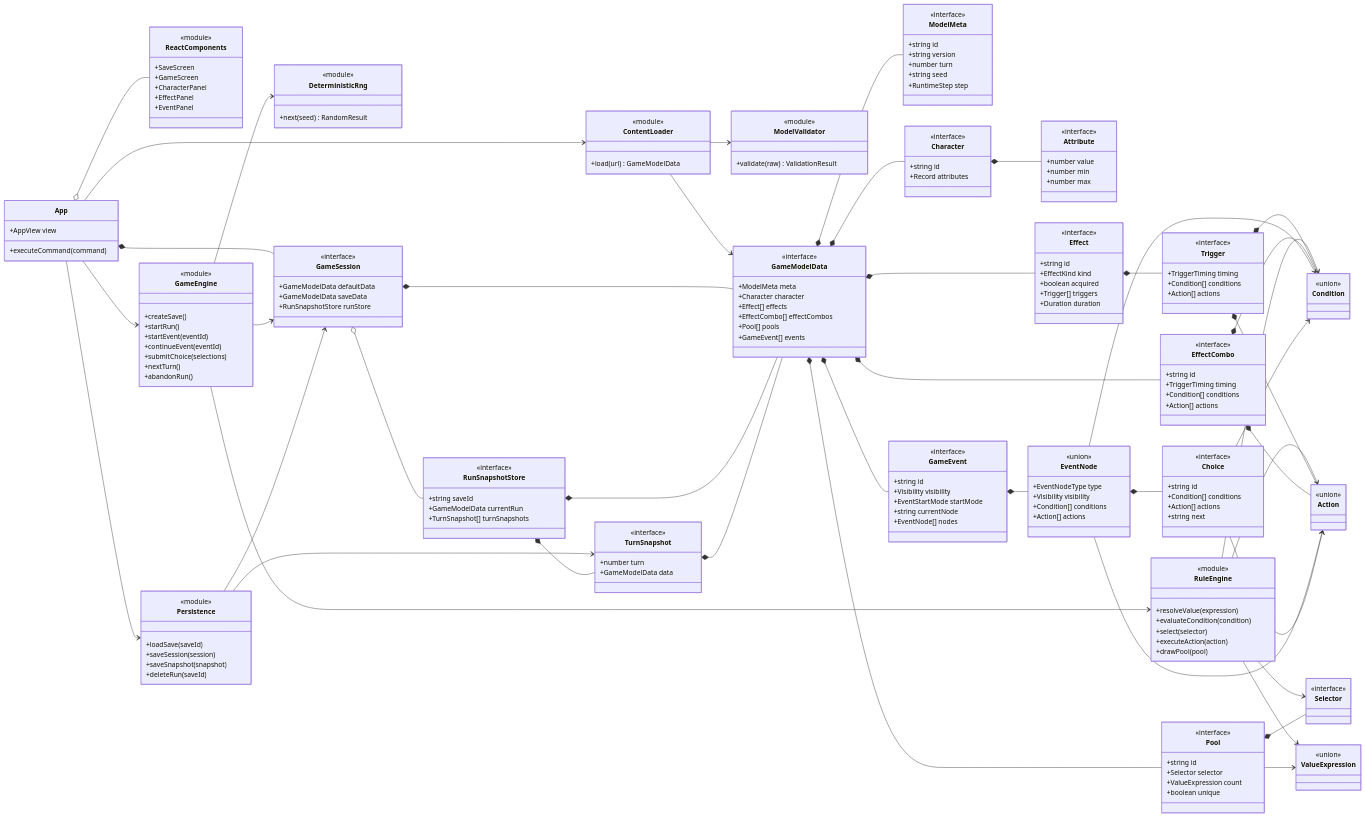
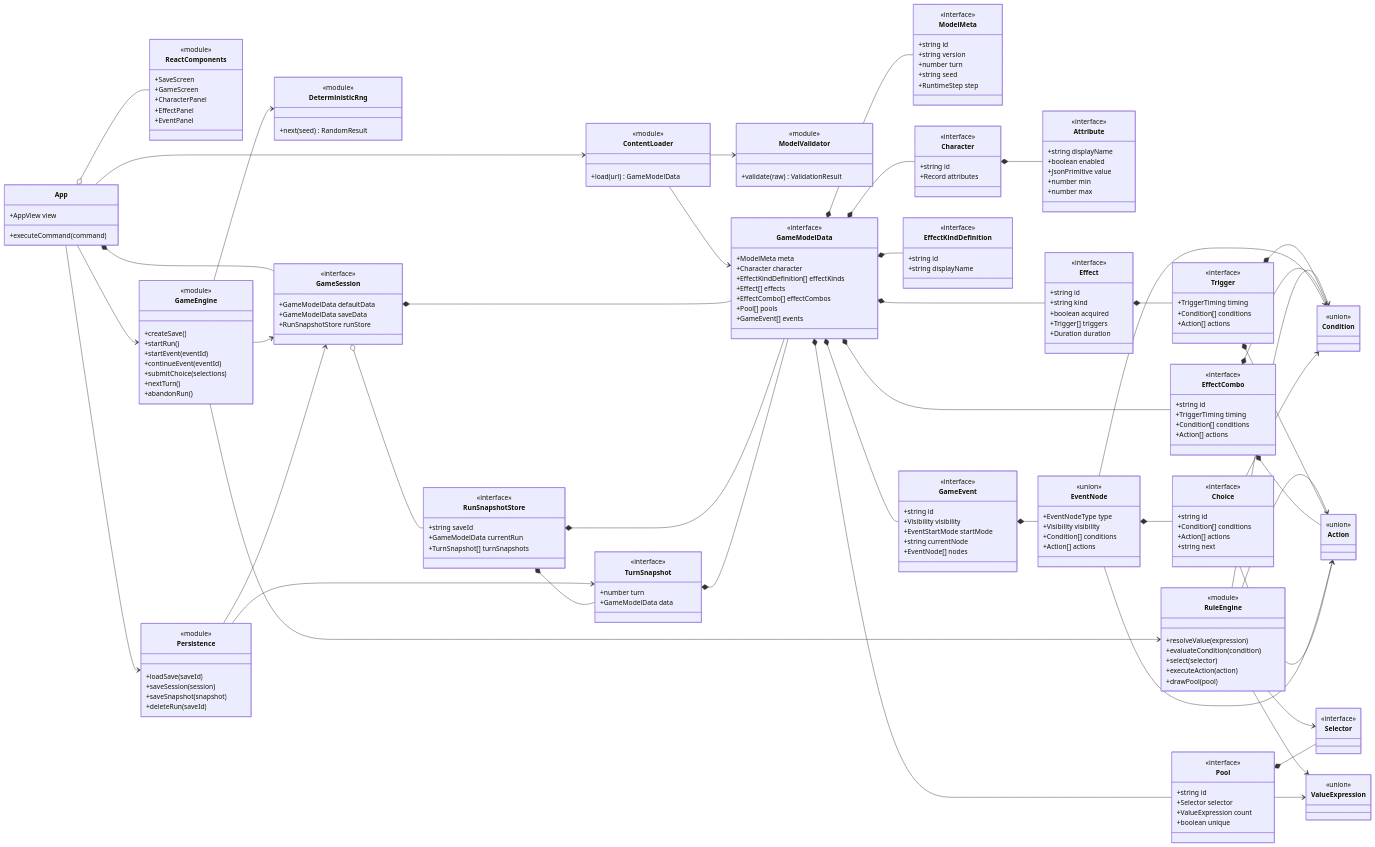
One commit to IanYet/maker-simulator changed the first of 2 diagrams in docs/design/technical-specification.md. Above: the diagram before and after it, drawn with Mermaid. The commit also changed other lines of this file and 16 other files, not shown here.

Commit message:
feat: support dynamic attributes and effect kinds

```diff
--- a/docs/design/technical-specification.md
+++ b/docs/design/technical-specification.md
@@ -159,6 +159,7 @@
     <<interface>>
     +ModelMeta meta
     +Character character
+    +EffectKindDefinition[] effectKinds
     +Effect[] effects
     +EffectCombo[] effectCombos
     +Pool[] pools
@@ -179,14 +180,21 @@
   }
   class Attribute {
     <<interface>>
-    +number value
+    +string displayName
+    +boolean enabled
+    +JsonPrimitive value
     +number min
     +number max
+  }
+  class EffectKindDefinition {
+    <<interface>>
+    +string id
+    +string displayName
   }
   class Effect {
     <<interface>>
     +string id
-    +EffectKind kind
+    +string kind
     +boolean acquired
     +Trigger[] triggers
     +Duration duration
@@ -270,6 +278,7 @@
   TurnSnapshot *-- GameModelData
   GameModelData *-- ModelMeta
   GameModelData *-- Character
+  GameModelData *-- EffectKindDefinition
   GameModelData *-- Effect
   GameModelData *-- EffectCombo
   GameModelData *-- Pool
```
